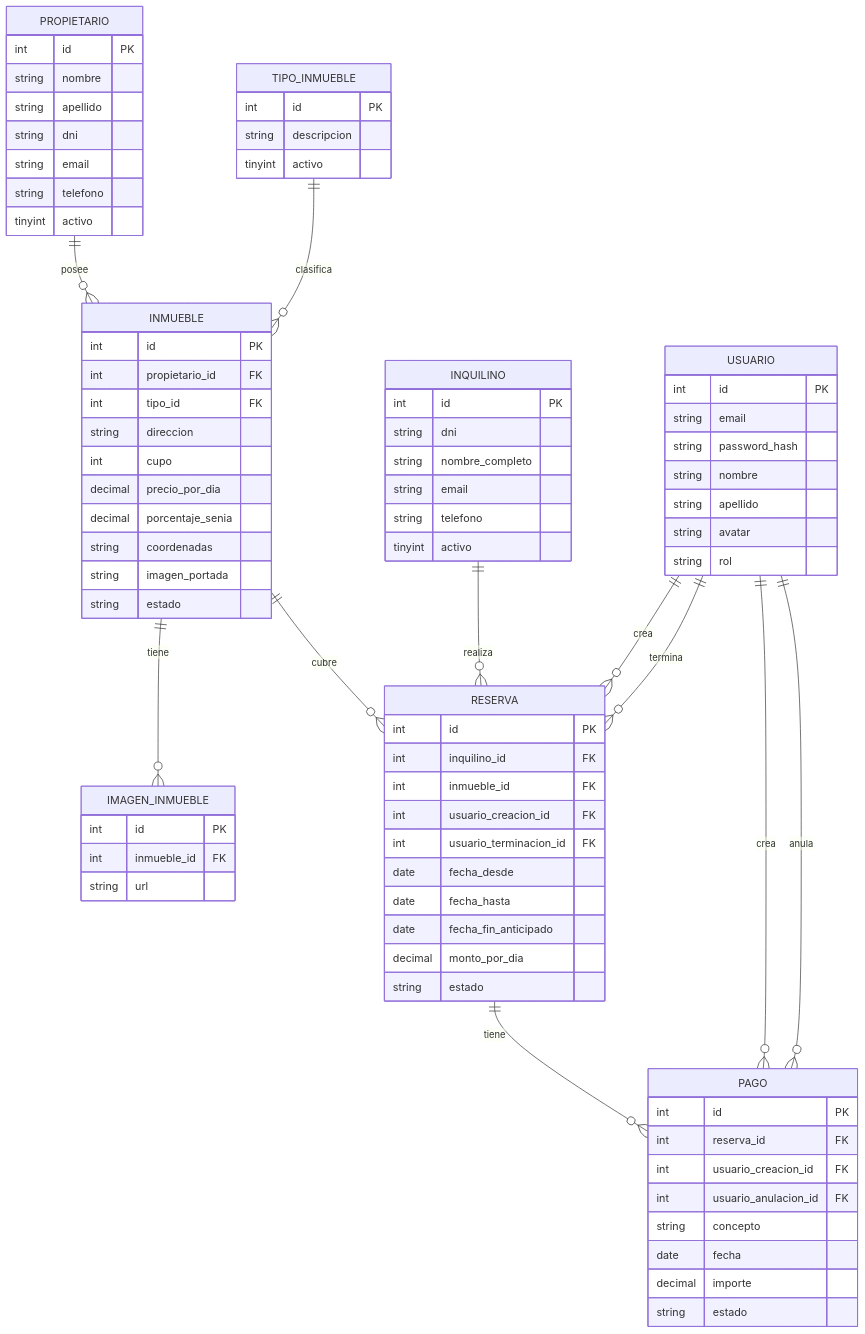
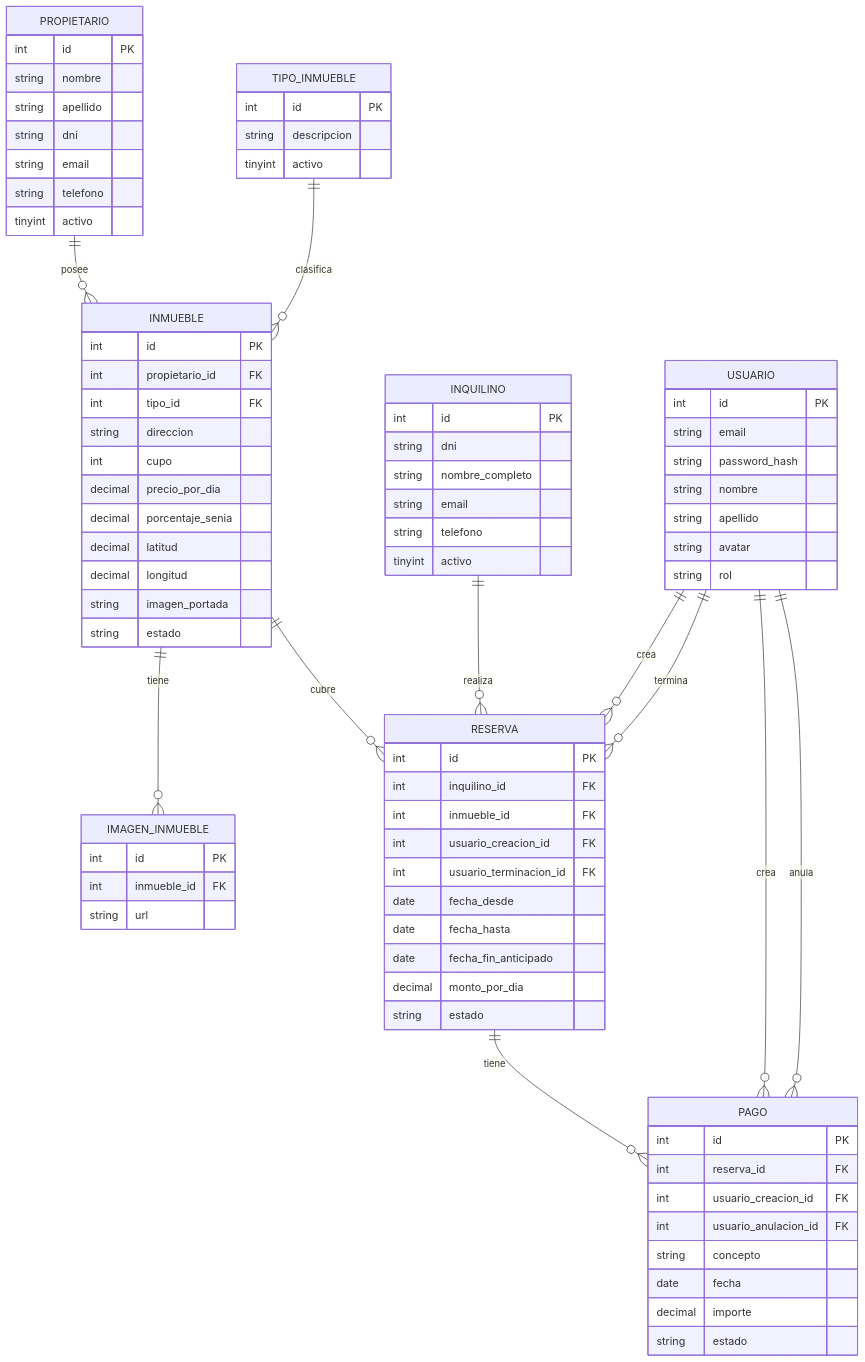
The diagram in docs/analisis/der.md (EmanuelAngel/inmobiliaria-angel), drawn with Mermaid before and after one commit. The commit also changed other lines of this file, not shown here.

Commit message:
docs(der): convertir el campo `coordenadas` de `INMUEBLE` a `longitud` y `latitud`

```diff
--- a/docs/analisis/der.md
+++ b/docs/analisis/der.md
@@ -28,7 +28,8 @@
         int cupo
         decimal precio_por_dia
         decimal porcentaje_senia
-        string coordenadas
+        decimal latitud
+        decimal longitud
         string imagen_portada
         string estado
     }
```
